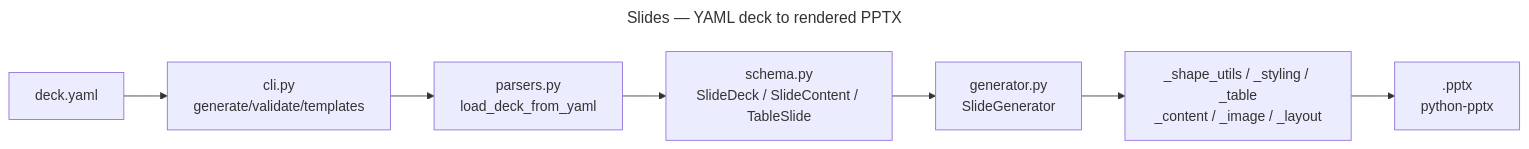
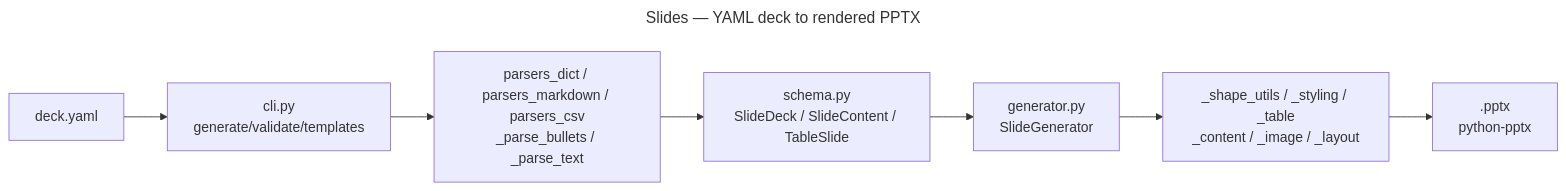
The diagram in src/slides/README.md (dancing-bear-show/dancing-bear), drawn with Mermaid before and after one commit. The commit also changed other lines of this file and 18 other files, not shown here.

````diff
--- a/src/slides/README.md
+++ b/src/slides/README.md
@@ -60,12 +60,12 @@
 ```mermaid
 ---
 title: Slides — YAML deck to rendered PPTX
 ---
 flowchart LR
     yaml[deck.yaml] --> cli[cli.py\ngenerate/validate/templates]
-    cli --> parsers[parsers.py\nload_deck_from_yaml]
+    cli --> parsers[parsers_dict / parsers_markdown / parsers_csv\n_parse_bullets / _parse_text]
     parsers --> schema[schema.py\nSlideDeck / SlideContent / TableSlide]
     schema --> gen[generator.py\nSlideGenerator]
     gen --> mixins["_shape_utils / _styling / _table\n_content / _image / _layout"]
     mixins --> out[.pptx\npython-pptx]
 ```
````
